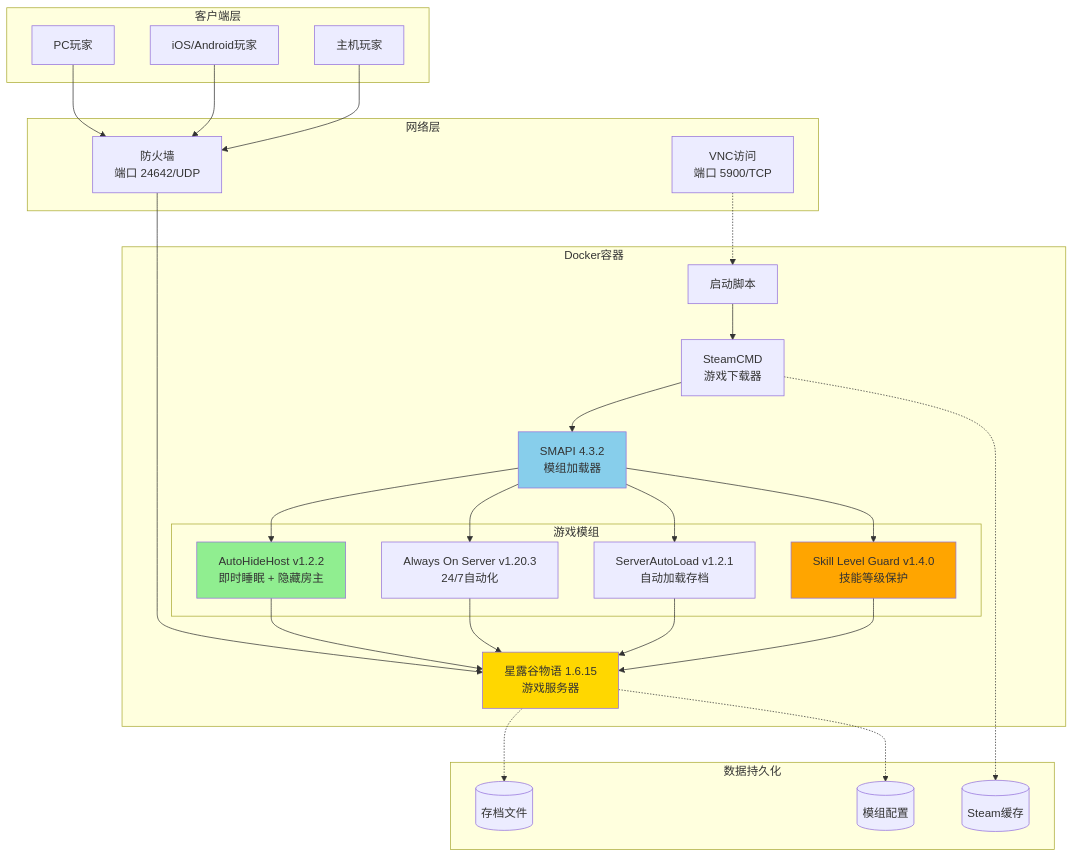
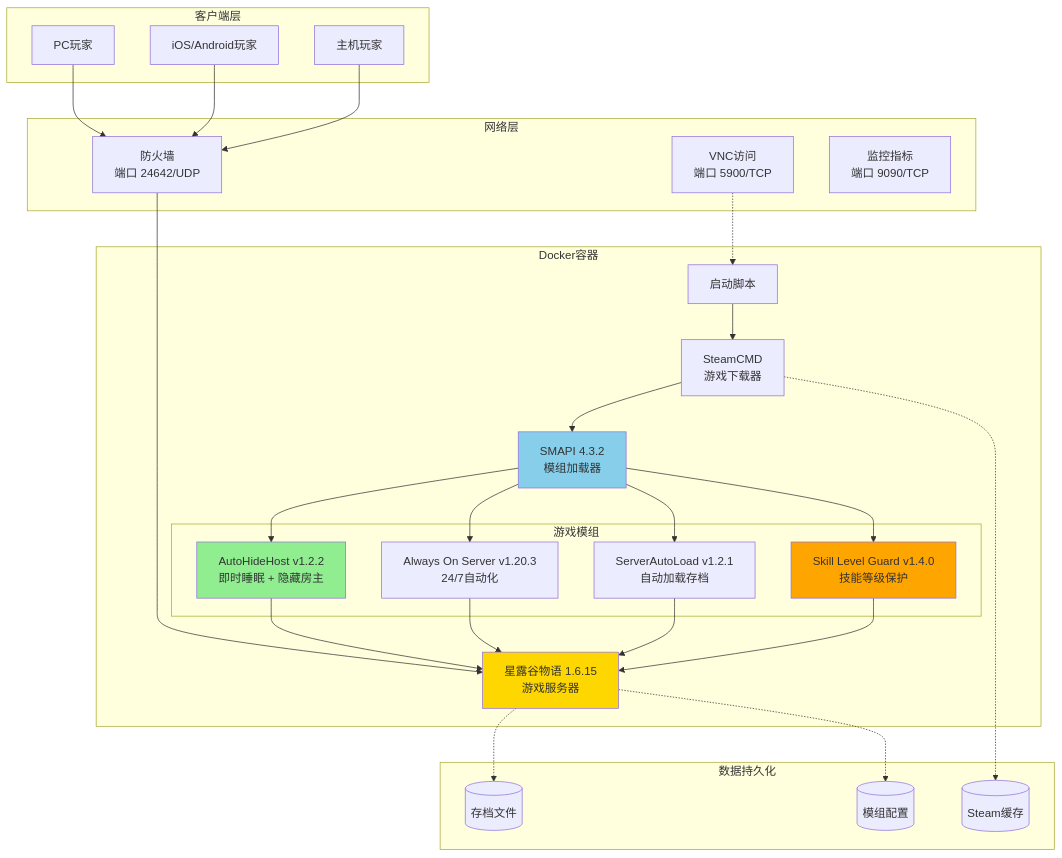
One commit to nothing3ok/stardew-server changed the diagram in README_CN.md. Above: the diagram before and after it, drawn with Mermaid. The commit also changed other lines of this file, not shown here.

````diff
--- a/README_CN.md
+++ b/README_CN.md
@@ -53,60 +55,61 @@
 ```mermaid
 graph TB
     subgraph "客户端层"
         PC[PC玩家]
         Mobile[iOS/Android玩家]
         Console[主机玩家]
     end
 
     subgraph "网络层"
         FW[防火墙<br/>端口 24642/UDP]
         VNC[VNC访问<br/>端口 5900/TCP]
+        Metrics[监控指标<br/>端口 9090/TCP]
     end
 
     subgraph "Docker容器"
         Entry[启动脚本]
         Steam[SteamCMD<br/>游戏下载器]
         SMAPI[SMAPI 4.3.2<br/>模组加载器]
 
         subgraph "游戏模组"
             AHH[AutoHideHost v1.2.2<br/>即时睡眠 + 隐藏房主]
             AOS[Always On Server v1.20.3<br/>24/7自动化]
             SAL[ServerAutoLoad v1.2.1<br/>自动加载存档]
             SLG[Skill Level Guard v1.4.0<br/>技能等级保护]
         end
 
         Game[星露谷物语 1.6.15<br/>游戏服务器]
     end
 
     subgraph "数据持久化"
         Saves[(存档文件)]
         Config[(模组配置)]
         SteamData[(Steam缓存)]
     end
 
     PC --> FW
     Mobile --> FW
     Console --> FW
     FW --> Game
 
     VNC -.-> Entry
     Entry --> Steam
     Steam --> SMAPI
     SMAPI --> AHH
     SMAPI --> AOS
     SMAPI --> SAL
     SMAPI --> SLG
     AHH --> Game
     AOS --> Game
     SAL --> Game
     SLG --> Game
 
     Game -.-> Saves
     Game -.-> Config
     Steam -.-> SteamData
 
     style AHH fill:#90EE90
     style Game fill:#FFD700
     style SMAPI fill:#87CEEB
     style SLG fill:#FFA500
 ```
````
